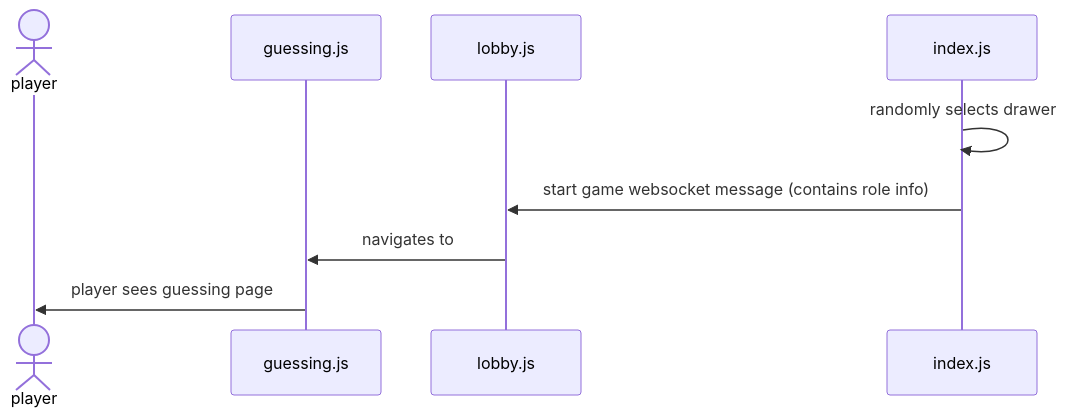
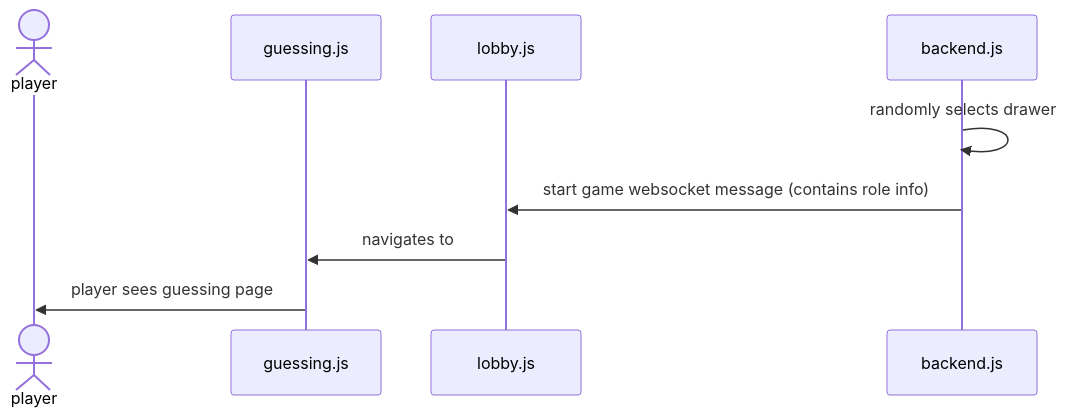
The eighth of 13 diagrams in documentation/docs/system-architecture/design.md (Capstone-Projects-2025-Spring/project-aac-game-team-a), drawn with Mermaid before and after one commit. The commit also changed other lines of this file, not shown here.

Commit message:
added necessary return arrows and explained diagram steps

````diff
--- a/documentation/docs/system-architecture/design.md
+++ b/documentation/docs/system-architecture/design.md
@@ -193,14 +197,14 @@
 ```mermaid
 sequenceDiagram
 
 actor player
 participant guessing.js
 participant lobby.js
-participant index.js
+participant backend.js
 
-index.js ->> index.js: randomly selects drawer
-index.js ->> lobby.js: start game websocket message (contains role info)
+backend.js ->> backend.js: randomly selects drawer
+backend.js ->> lobby.js: start game websocket message (contains role info)
 lobby.js ->> guessing.js: navigates to
 guessing.js ->> player: player sees guessing page
 
 ```
````
